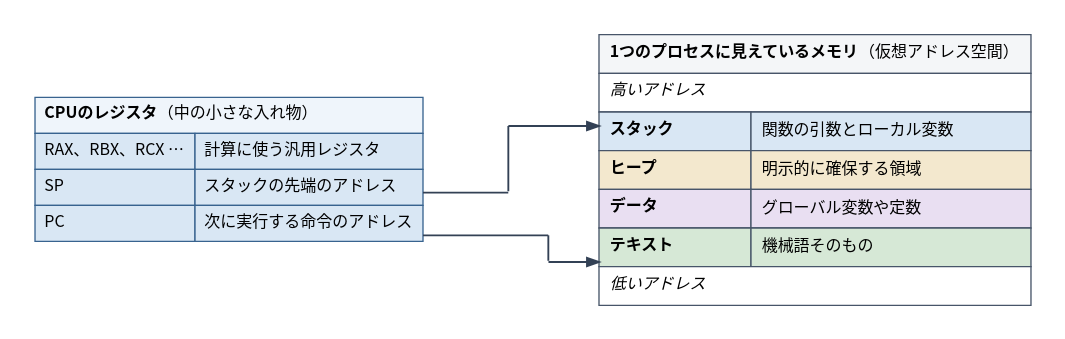
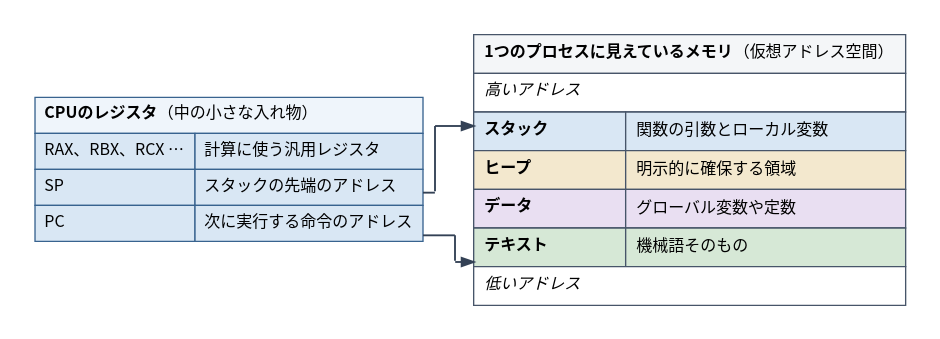
The diagram in diagrams/go-ebpf-primer/20260820-memory-and-cpu.dot (ymotongpoo/zenn.dev), drawn with Graphviz before and after one commit. The commit also changed 25 other files, not shown here.

First line of the commit message:
fix: 矢印の貫通・先端埋没・角丸切れ・窮屈さを修正（13図）

```diff
--- a/diagrams/go-ebpf-primer/20260820-memory-and-cpu.dot
+++ b/diagrams/go-ebpf-primer/20260820-memory-and-cpu.dot
@@ -1,54 +1,54 @@
 // プロセスのメモリとCPU
 digraph memory_and_cpu {
   graph [
     layout=neato, inputscale=72, splines=ortho,
     fontname="Harano Aji Gothic,Noto Sans CJK JP,IPAGothic", fontsize=13,
     bgcolor="white", pad=0.25
   ];
   node [
     fontname="Harano Aji Gothic,Noto Sans CJK JP,IPAGothic", fontsize=12,
     shape=box, style="rounded,filled",
     fillcolor="#F1F5F9", color="#475569", penwidth=1.6,
     margin="0.2,0.14"
   ];
   edge [
     fontname="Harano Aji Gothic,Noto Sans CJK JP,IPAGothic", fontsize=11,
     color="#334155", penwidth=1.4, arrowsize=0.9,
     fontcolor="#1E293B"
   ];
 
   regs [pos="210,250!", shape=plain, style="", label=<
     <table border="0" cellborder="1" cellspacing="0" cellpadding="6" color="#38638F">
       <tr><td colspan="2" align="left" bgcolor="#EFF5FB"><b>CPUのレジスタ</b>（中の小さな入れ物）</td></tr>
       <tr><td align="left" bgcolor="#D9E7F4">RAX、RBX、RCX …</td><td align="left" bgcolor="#D9E7F4">計算に使う汎用レジスタ</td></tr>
       <tr><td align="left" bgcolor="#D9E7F4">SP</td><td port="sp" align="left" bgcolor="#D9E7F4">スタックの先端のアドレス</td></tr>
       <tr><td align="left" bgcolor="#D9E7F4">PC</td><td port="pc" align="left" bgcolor="#D9E7F4">次に実行する命令のアドレス</td></tr>
     </table>>];
 
-  mem [pos="650,250!", shape=plain, style="", label=<
+  mem [pos="556,250!", shape=plain, style="", label=<
     <table border="0" cellborder="1" cellspacing="0" cellpadding="7" color="#475569">
       <tr><td colspan="2" align="left" bgcolor="#F4F6F8"><b>1つのプロセスに見えているメモリ</b>（仮想アドレス空間）</td></tr>
       <tr><td colspan="2" align="left" bgcolor="#FFFFFF"><i>高いアドレス</i></td></tr>
       <tr><td port="stk" align="left" bgcolor="#D9E7F4"><b>スタック</b></td>
           <td align="left" bgcolor="#D9E7F4">関数の引数とローカル変数</td></tr>
       <tr><td align="left" bgcolor="#F3E8CE"><b>ヒープ</b></td>
           <td align="left" bgcolor="#F3E8CE">明示的に確保する領域</td></tr>
       <tr><td align="left" bgcolor="#E9DFF2"><b>データ</b></td>
           <td align="left" bgcolor="#E9DFF2">グローバル変数や定数</td></tr>
       <tr><td port="txt" align="left" bgcolor="#D6E8D6"><b>テキスト</b></td>
           <td align="left" bgcolor="#D6E8D6">機械語そのもの</td></tr>
       <tr><td colspan="2" align="left" bgcolor="#FFFFFF"><i>低いアドレス</i></td></tr>
     </table>>];
 
-  wa1 [pos="420,233!", shape=point, width=0.01, style=invis];
-  wa2 [pos="420,283!", shape=point, width=0.01, style=invis];
-  wb1 [pos="450,201!", shape=point, width=0.01, style=invis];
-  wb2 [pos="450,181!", shape=point, width=0.01, style=invis];
+  wa1 [pos="365,233!", shape=point, width=0.01, style=invis];
+  wa2 [pos="365,283!", shape=point, width=0.01, style=invis];
+  wb1 [pos="380,201!", shape=point, width=0.01, style=invis];
+  wb2 [pos="380,181!", shape=point, width=0.01, style=invis];
 
   regs:sp:e -> wa1 [dir=none];
   wa1 -> wa2 [dir=none];
   wa2 -> mem:stk:w;
   regs:pc:e -> wb1 [dir=none];
   wb1 -> wb2 [dir=none];
   wb2 -> mem:txt:w;
 }
```
